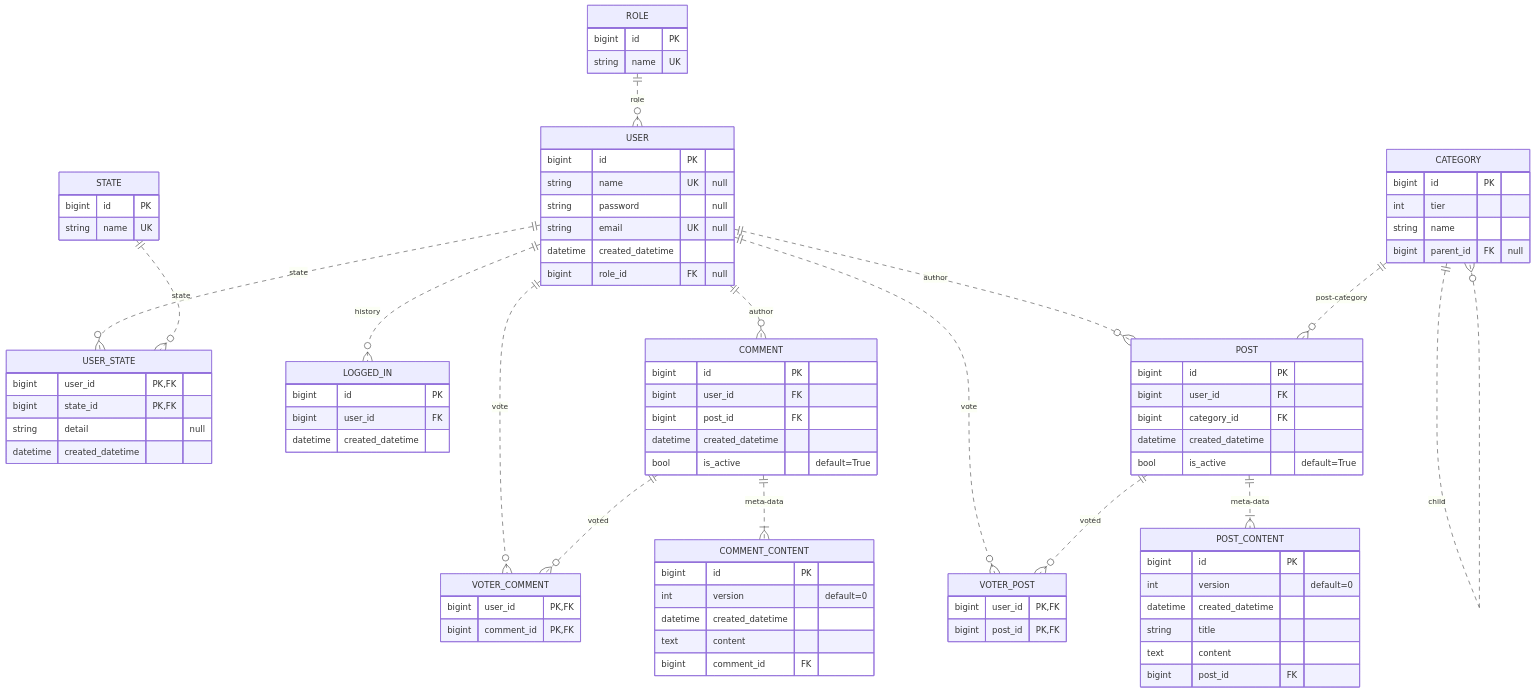
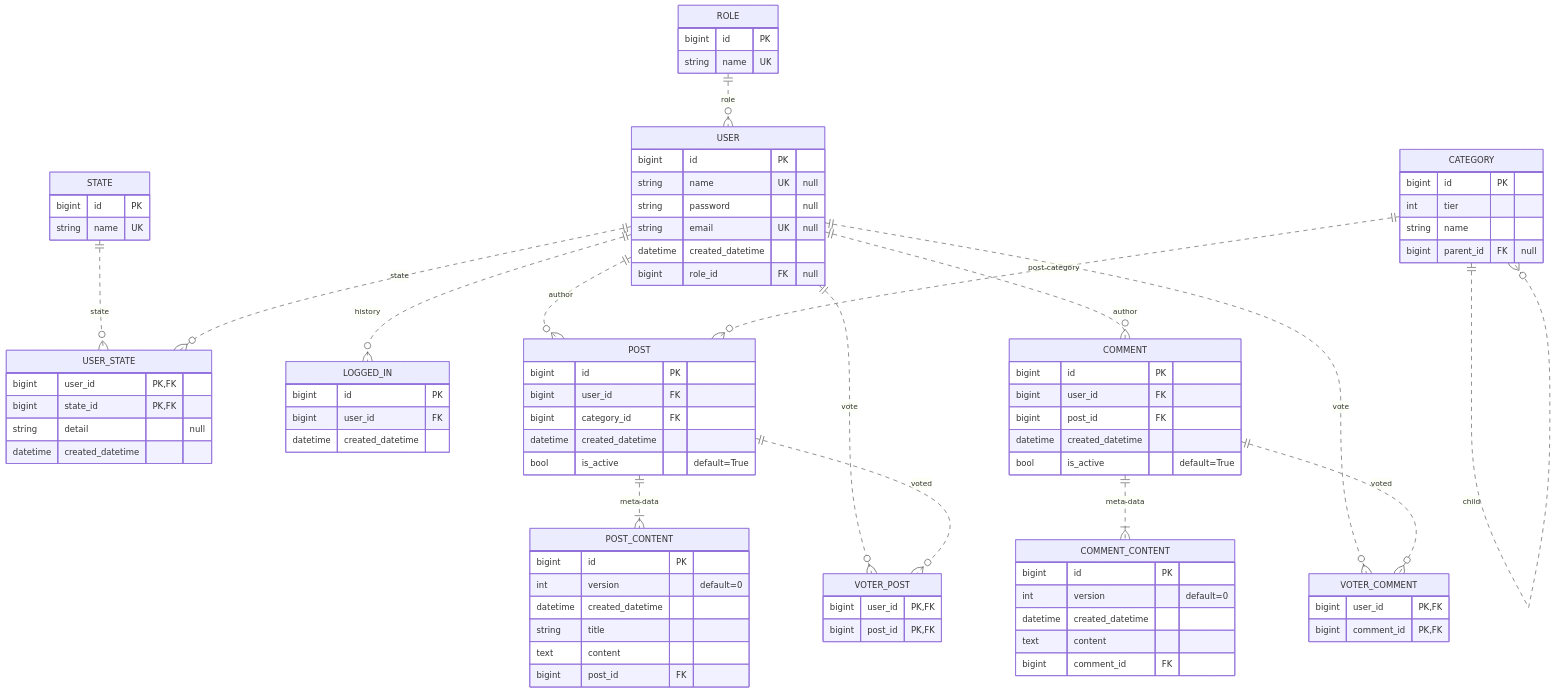
The first of 2 diagrams in docs/portfolio/board.md (djccnt15/djccnt15.github.io), drawn with Mermaid before and after one commit. The commit also changed other lines of this file and 1 other file, not shown here.

````diff
--- a/docs/portfolio/board.md
+++ b/docs/portfolio/board.md
@@ -46,17 +169,16 @@
 ```mermaid
 erDiagram
-    ROLE ||..o{ USER : role
     ROLE {
         bigint id   PK
         string name UK
     }
 
-    USER ||..o{ USER_STATE : state
-    USER ||..o{ LOGGED_IN : history
-    USER ||..o{ POST : author
-    USER ||..o{ VOTER_POST : vote
-    USER ||..o{ COMMENT : author
-    USER ||..o{ VOTER_COMMENT : vote
+    STATE {
+        bigint id PK
+        string name UK
+    }
+
+    ROLE ||..o{ USER : role
     USER {
         bigint      id                  PK
         string      name                UK  "null"
@@ -67,11 +189,7 @@
     }
 
     STATE ||..o{ USER_STATE : state
-    STATE {
-        bigint id PK
-        string name UK
-    }
-
+    USER ||..o{ USER_STATE : state
     USER_STATE {
         bigint      user_id             PK, FK
         bigint      state_id            PK, FK
@@ -79,6 +197,7 @@
         datetime    created_datetime
     }
 
+    USER ||..o{ LOGGED_IN : history
     LOGGED_IN {
         bigint      id                  PK
         bigint      user_id             FK
@@ -86,7 +205,6 @@
     }
 
     CATEGORY ||..o{ CATEGORY : child
-    CATEGORY ||..o{ POST : post-category
     CATEGORY {
         bigint      id          PK
         int         tier
@@ -94,8 +212,8 @@
         bigint      parent_id   FK  "null"
     }
 
-    POST ||..|{ POST_CONTENT : meta-data
-    POST ||..o{ VOTER_POST : voted
+    USER ||..o{ POST : author
+    CATEGORY ||..o{ POST : post-category
     POST {
         bigint      id                  PK
         bigint      user_id             FK
@@ -104,6 +222,7 @@
         bool        is_active               "default=True"
     }
 
+    POST ||..|{ POST_CONTENT : meta-data
     POST_CONTENT {
         bigint      id                  PK
         int         version                 "default=0"
@@ -113,13 +232,14 @@
         bigint      post_id             FK
     }
 
+    USER ||..o{ VOTER_POST : vote
+    POST ||..o{ VOTER_POST : voted
     VOTER_POST {
         bigint user_id PK, FK
         bigint post_id PK, FK
     }
 
-    COMMENT ||..|{ COMMENT_CONTENT : meta-data
-    COMMENT ||..o{ VOTER_COMMENT : voted
+    USER ||..o{ COMMENT : author
     COMMENT {
         bigint      id                  PK
         bigint      user_id             FK
@@ -128,6 +248,7 @@
         bool        is_active               "default=True"
     }
 
+    COMMENT ||..|{ COMMENT_CONTENT : meta-data
     COMMENT_CONTENT {
         bigint id PK
         int version "default=0"
@@ -136,6 +257,8 @@
         bigint comment_id FK
     }
 
+    USER ||..o{ VOTER_COMMENT : vote
+    COMMENT ||..o{ VOTER_COMMENT : voted
     VOTER_COMMENT {
         bigint user_id      PK, FK
         bigint comment_id   PK, FK
````
